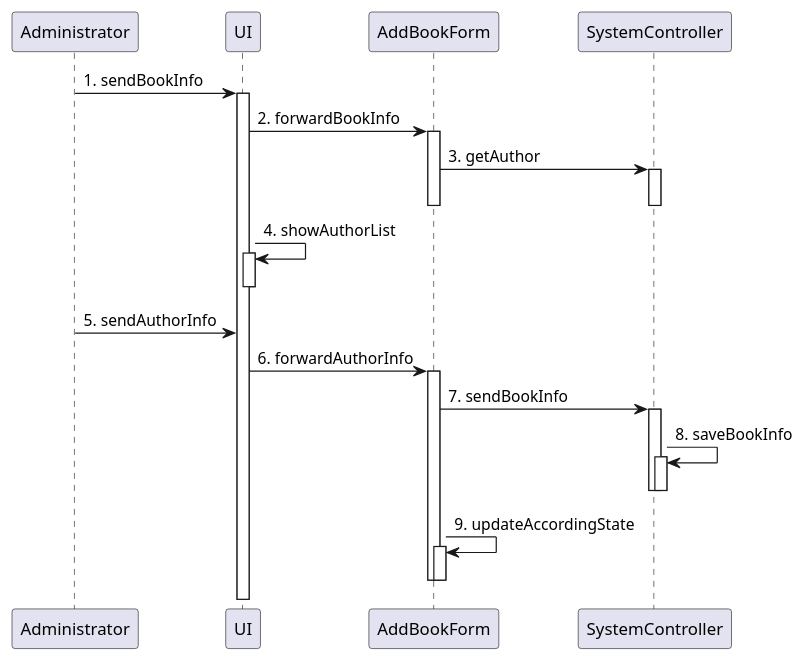
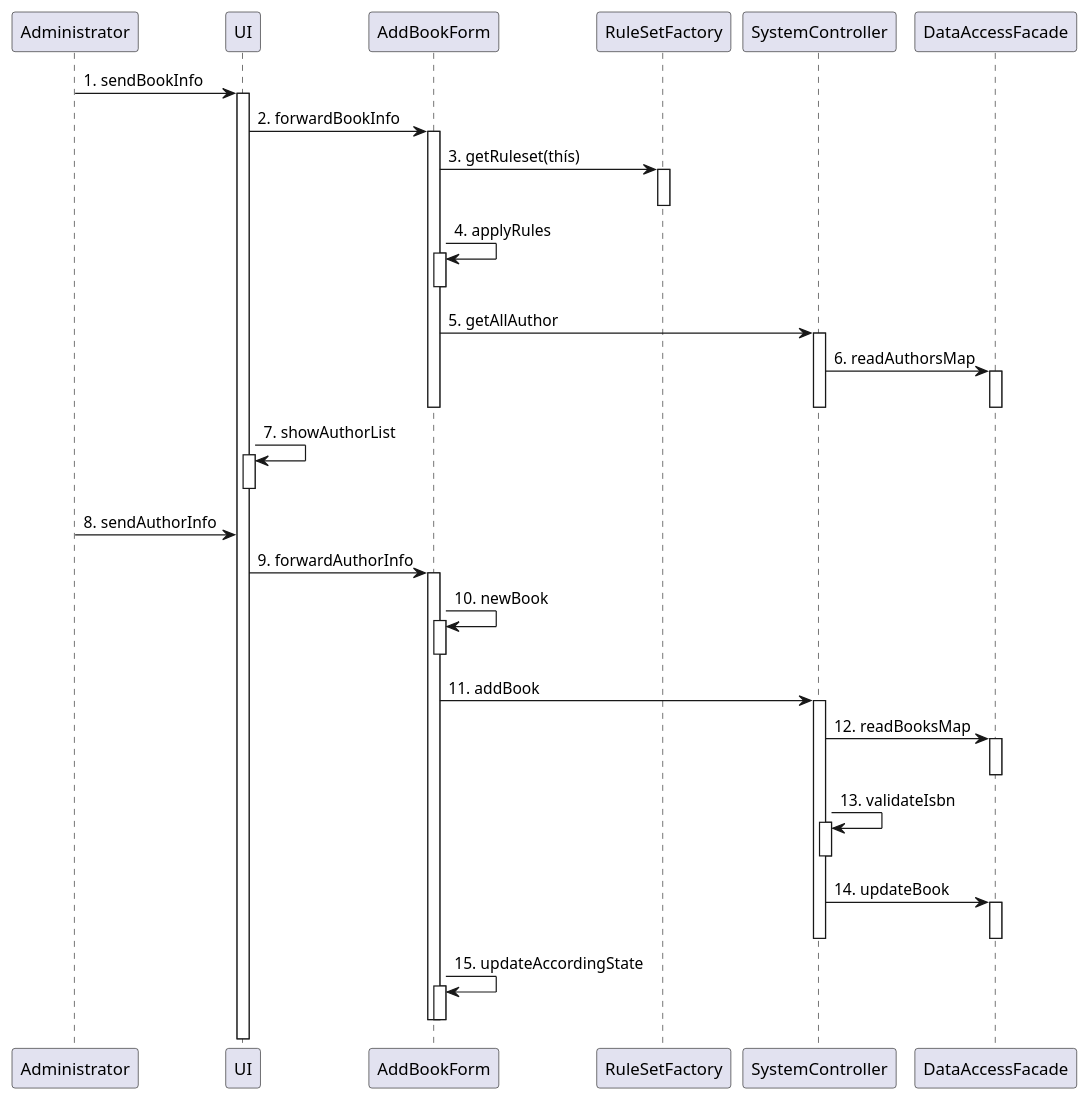
One commit to vohoangxuan/LibraryProject changed the diagram in doc/UC5_seq copy.puml. Above: the diagram before and after it, drawn with PlantUML. The commit also changed 11 other files, not shown here.

```diff
--- a/doc/UC5_seq copy.puml
+++ b/doc/UC5_seq copy.puml
@@ -1,29 +1,46 @@
 @startuml
 participant Administrator
 
 Administrator -> UI: 1. sendBookInfo
 activate UI
 UI -> AddBookForm: 2. forwardBookInfo
 activate AddBookForm
-AddBookForm -> SystemController: 3. getAuthor
+AddBookForm -> RuleSetFactory: 3. getRuleset(thís)
+activate RuleSetFactory
+deactivate RuleSetFactory
+AddBookForm -> AddBookForm: 4. applyRules
+activate AddBookForm
+deactivate AddBookForm
+AddBookForm -> SystemController: 5. getAllAuthor
+activate SystemController
+SystemController -> DataAccessFacade: 6. readAuthorsMap
+activate DataAccessFacade
+deactivate DataAccessFacade
+deactivate SystemController
+deactivate AddBookForm
+UI -> UI: 7. showAuthorList
+activate UI
+deactivate UI
+Administrator -> UI: 8. sendAuthorInfo
+UI -> AddBookForm: 9. forwardAuthorInfo
+activate AddBookForm
+AddBookForm -> AddBookForm: 10. newBook
+activate AddBookForm
+deactivate AddBookForm
+AddBookForm -> SystemController: 11. addBook
+activate SystemController
+SystemController -> DataAccessFacade: 12. readBooksMap
+activate DataAccessFacade
+deactivate DataAccessFacade
+SystemController -> SystemController: 13. validateIsbn
 activate SystemController
 deactivate SystemController
-deactivate AddBookForm
-UI -> UI: 4. showAuthorList
-activate UI
-deactivate UI
-' deactivate UI
-Administrator -> UI: 5. sendAuthorInfo
-UI -> AddBookForm: 6. forwardAuthorInfo
-activate AddBookForm
-AddBookForm -> SystemController: 7. sendBookInfo
-activate SystemController
-SystemController -> SystemController: 8. saveBookInfo
-activate SystemController
+SystemController -> DataAccessFacade: 14. updateBook
+activate DataAccessFacade
+deactivate DataAccessFacade
 deactivate SystemController
-deactivate SystemController
-AddBookForm -> AddBookForm: 9. updateAccordingState
+AddBookForm -> AddBookForm: 15. updateAccordingState
 activate AddBookForm
 deactivate AddBookForm
 deactivate AddBookForm
 @enduml
```
